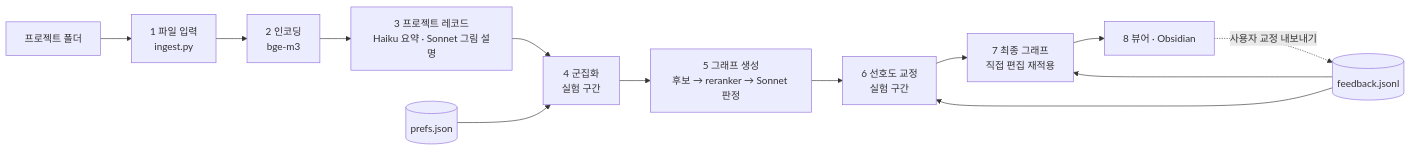
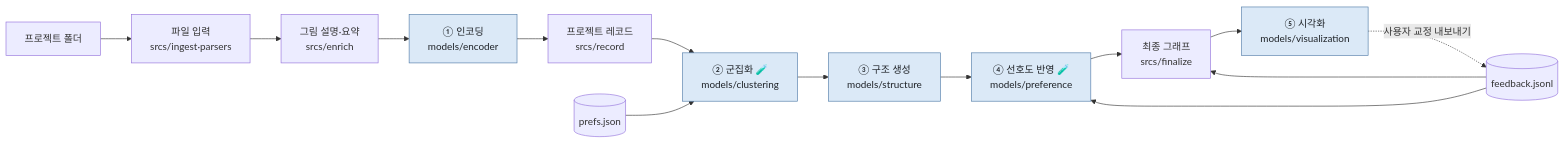
The diagram in docs/ARCHITECTURE.md (mumbumble/AI618_ProjectWiki), drawn with Mermaid before and after one commit. The commit also changed other lines of this file and 14 other files, not shown here.

First line of the commit message:
One naming across docs and code: model stages 1-5 plus srcs data steps

````diff
--- a/docs/ARCHITECTURE.md
+++ b/docs/ARCHITECTURE.md
@@ -5,15 +5,13 @@
 ```mermaid
 flowchart LR
-  F[프로젝트 폴더] --> S1[1 파일 입력<br/>ingest.py]
-  S1 --> S2[2 인코딩<br/>bge-m3]
-  S2 --> S3[3 프로젝트 레코드<br/>Haiku 요약 · Sonnet 그림 설명]
-  S3 --> S4[4 군집화<br/>실험 구간]
-  S4 --> S5[5 그래프 생성<br/>후보 → reranker → Sonnet 판정]
-  S5 --> S6[6 선호도 교정<br/>실험 구간]
-  FB[(feedback.jsonl)] --> S6
-  S6 --> S7[7 최종 그래프<br/>직접 편집 재적용]
-  FB --> S7
-  S7 --> S8[8 뷰어 · Obsidian]
-  S8 -. 사용자 교정 내보내기 .-> FB
-  P[(prefs.json)] --> S4
+  A[프로젝트 폴더] --> I[파일 입력<br/>srcs/ingest·parsers] --> R1[그림 설명·요약<br/>srcs/enrich]
+  R1 --> M1[① 인코딩<br/>models/encoder] --> R2[프로젝트 레코드<br/>srcs/record]
+  R2 --> M2[② 군집화 🧪<br/>models/clustering] --> M3[③ 구조 생성<br/>models/structure]
+  M3 --> M4[④ 선호도 반영 🧪<br/>models/preference] --> F[최종 그래프<br/>srcs/finalize] --> M5[⑤ 시각화<br/>models/visualization]
+  P[(prefs.json)] --> M2
+  FB[(feedback.jsonl)] --> M4
+  FB --> F
+  M5 -. 사용자 교정 내보내기 .-> FB
+  classDef model fill:#dbe9f7,stroke:#4e79a7,color:#1f2328
+  class M1,M2,M3,M4,M5 model
 ```
````
